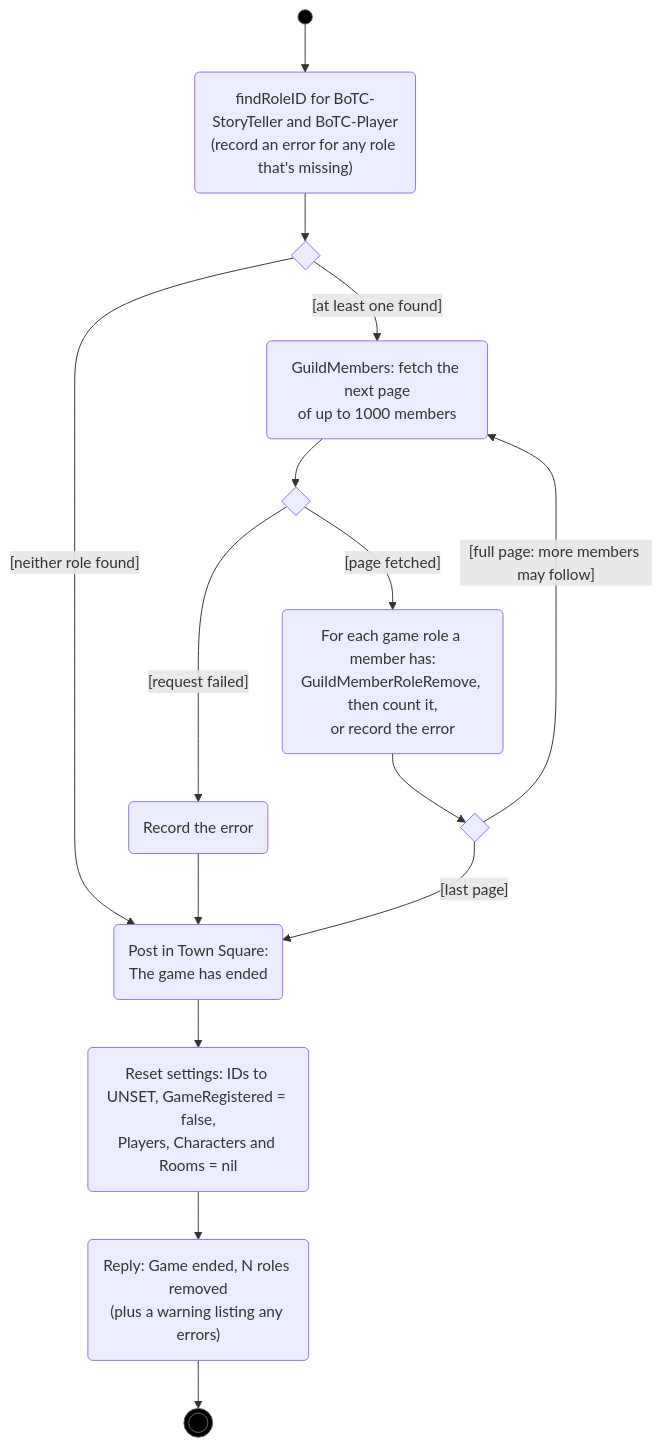
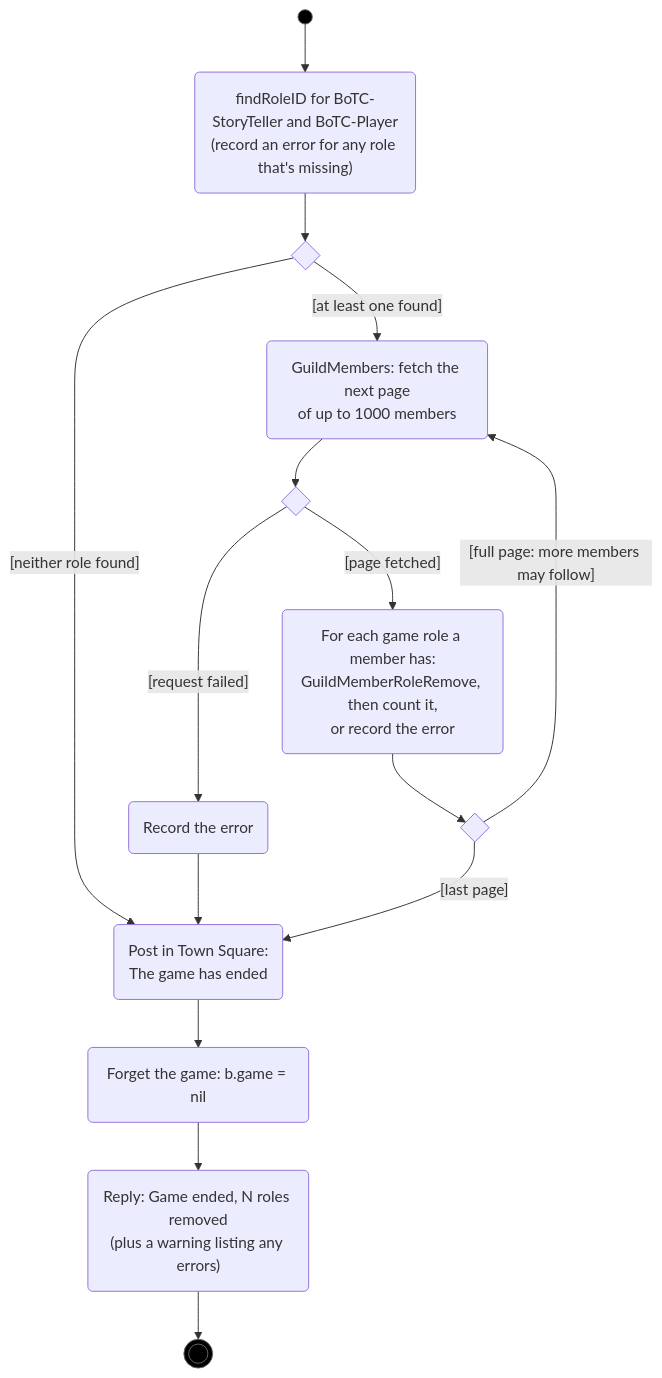
Before and after one commit to RAGNOARAKNOS/BotOnTheClocktower: the third of 6 diagrams in docs/uml/game-lifecycle.md, drawn with Mermaid. The commit also changed other lines of this file and 13 other files, not shown here.

````diff
--- a/docs/uml/game-lifecycle.md
+++ b/docs/uml/game-lifecycle.md
@@ -72,20 +72,20 @@
 ```mermaid
 flowchart TD
     start((" ")):::initial --> look("findRoleID for BoTC-StoryTeller and BoTC-Player<br/>(record an error for any role that's missing)")
     look --> d3{" "}
     d3 -->|"[neither role found]"| announce
     d3 -->|"[at least one found]"| page("GuildMembers: fetch the next page<br/>of up to 1000 members")
     page --> d4{" "}
     d4 -->|"[request failed]"| recErr("Record the error")
     d4 -->|"[page fetched]"| strip("For each game role a member has:<br/>GuildMemberRoleRemove, then count it,<br/>or record the error")
     strip --> d5{" "}
     d5 -->|"[full page: more members may follow]"| page
     d5 -->|"[last page]"| announce("Post in Town Square:<br/>The game has ended")
     recErr --> announce
-    announce --> reset("Reset settings: IDs to UNSET, GameRegistered = false,<br/>Players, Characters and Rooms = nil")
+    announce --> reset("Forget the game: b.game = nil")
     reset --> reply("Reply: Game ended, N roles removed<br/>(plus a warning listing any errors)")
     reply --> ended(((" "))):::final
 
     classDef initial fill:#000,stroke:#666
     classDef final fill:#000,stroke:#666
 ```
````
